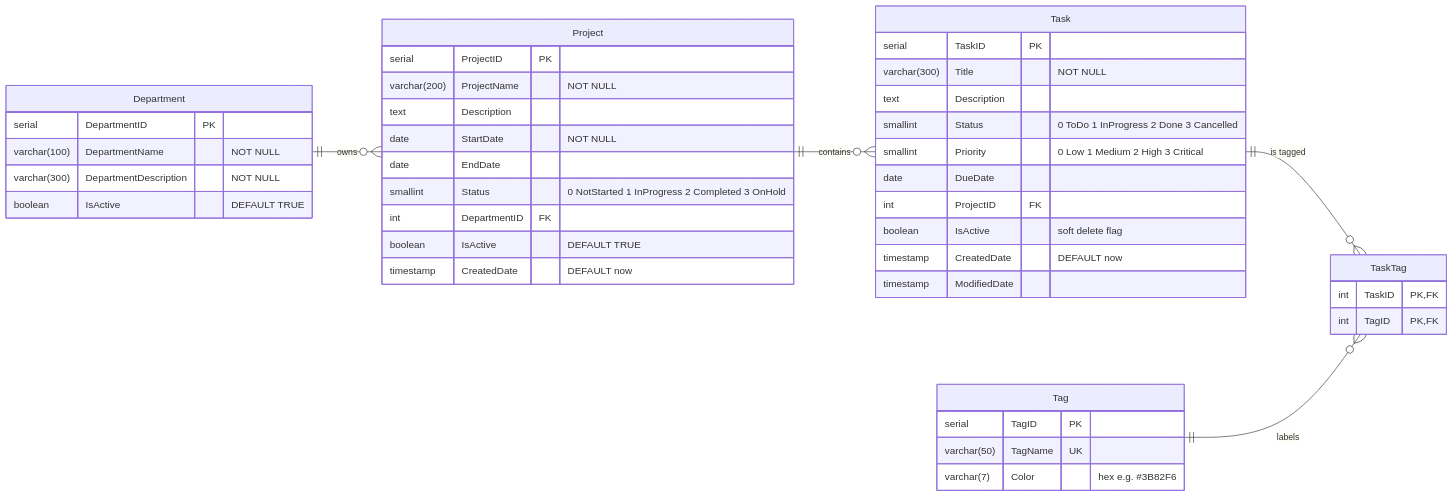
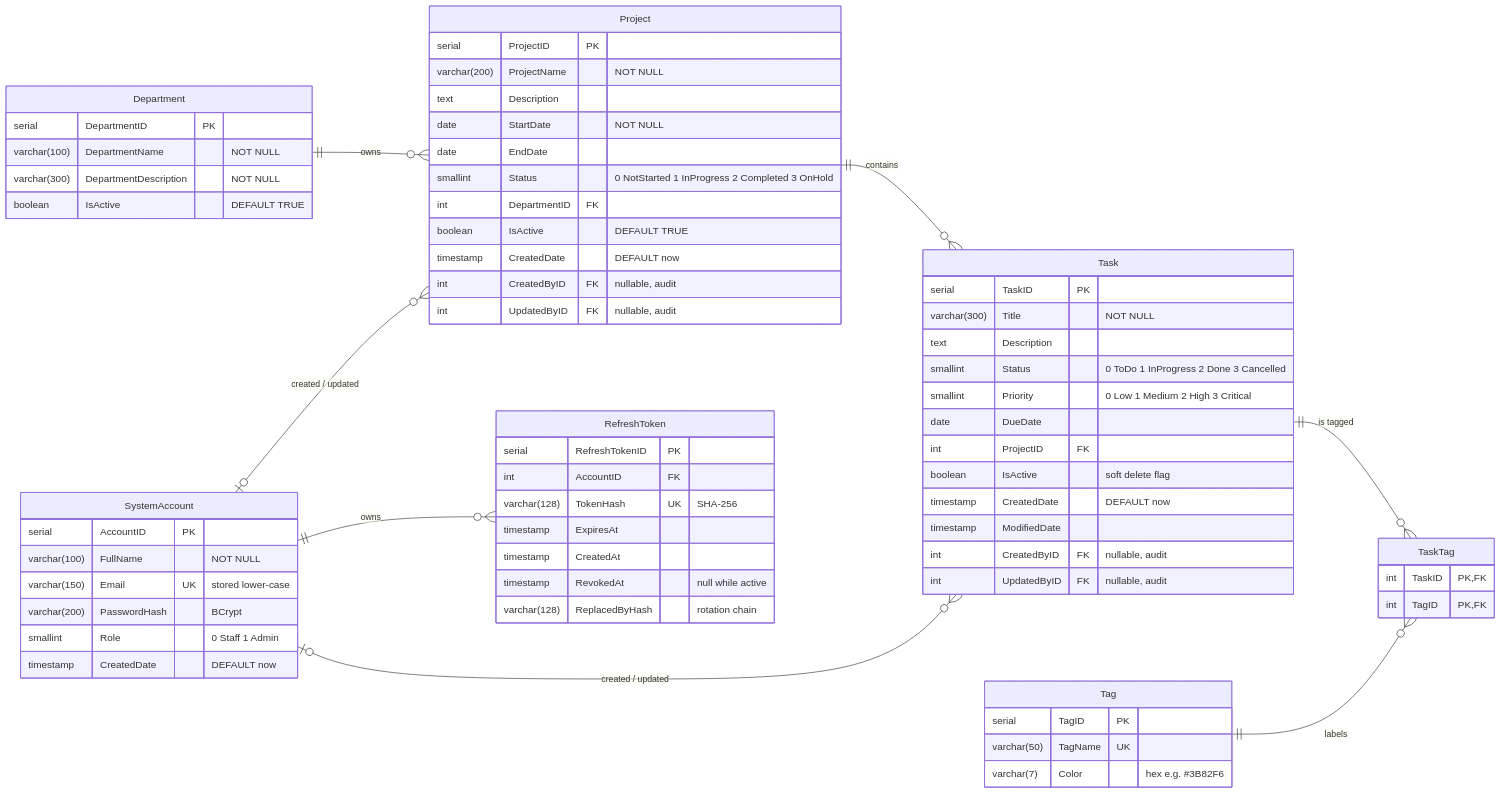
Before and after one commit to kaine45-cyber/Assignment_PRN232_PhanVanLoc_QE190160: the diagram in backend/docs/erd.mmd, drawn with Mermaid. The commit also changed 11 other files, not shown here.

Commit message:
docs: update README, ERD, screenshots and env examples for Assignment 2

```diff
--- a/backend/docs/erd.mmd
+++ b/backend/docs/erd.mmd
@@ -1,45 +1,69 @@
 erDiagram
     direction LR
     Department ||--o{ Project : "owns"
     Project ||--o{ Task : "contains"
     Task ||--o{ TaskTag : "is tagged"
     Tag ||--o{ TaskTag : "labels"
+    SystemAccount |o--o{ Task : "created / updated"
+    SystemAccount |o--o{ Project : "created / updated"
+    SystemAccount ||--o{ RefreshToken : "owns"
 
     Department {
         serial DepartmentID PK
         varchar(100) DepartmentName "NOT NULL"
         varchar(300) DepartmentDescription "NOT NULL"
         boolean IsActive "DEFAULT TRUE"
     }
     Project {
         serial ProjectID PK
         varchar(200) ProjectName "NOT NULL"
         text Description
         date StartDate "NOT NULL"
         date EndDate
         smallint Status "0 NotStarted 1 InProgress 2 Completed 3 OnHold"
         int DepartmentID FK
         boolean IsActive "DEFAULT TRUE"
         timestamp CreatedDate "DEFAULT now"
+        int CreatedByID FK "nullable, audit"
+        int UpdatedByID FK "nullable, audit"
     }
     Task {
         serial TaskID PK
         varchar(300) Title "NOT NULL"
         text Description
         smallint Status "0 ToDo 1 InProgress 2 Done 3 Cancelled"
         smallint Priority "0 Low 1 Medium 2 High 3 Critical"
         date DueDate
         int ProjectID FK
         boolean IsActive "soft delete flag"
         timestamp CreatedDate "DEFAULT now"
         timestamp ModifiedDate
+        int CreatedByID FK "nullable, audit"
+        int UpdatedByID FK "nullable, audit"
     }
     Tag {
         serial TagID PK
         varchar(50) TagName UK
         varchar(7) Color "hex e.g. #3B82F6"
     }
     TaskTag {
         int TaskID PK,FK
         int TagID PK,FK
     }
+    SystemAccount {
+        serial AccountID PK
+        varchar(100) FullName "NOT NULL"
+        varchar(150) Email UK "stored lower-case"
+        varchar(200) PasswordHash "BCrypt"
+        smallint Role "0 Staff 1 Admin"
+        timestamp CreatedDate "DEFAULT now"
+    }
+    RefreshToken {
+        serial RefreshTokenID PK
+        int AccountID FK
+        varchar(128) TokenHash UK "SHA-256"
+        timestamp ExpiresAt
+        timestamp CreatedAt
+        timestamp RevokedAt "null while active"
+        varchar(128) ReplacedByHash "rotation chain"
+    }
```
